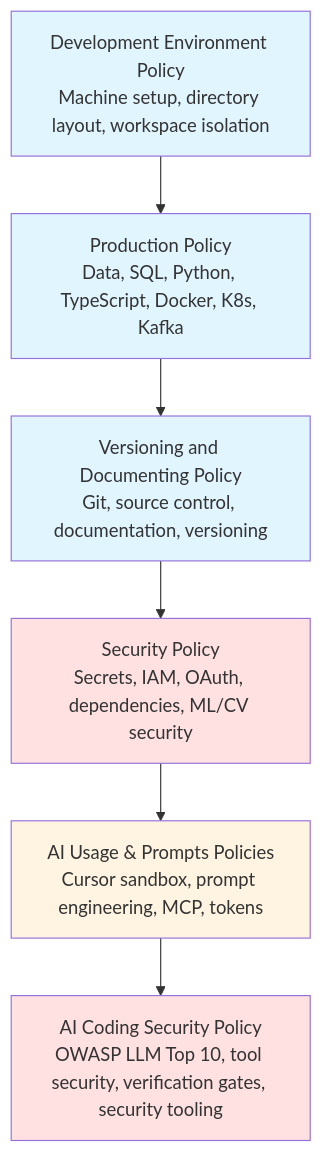
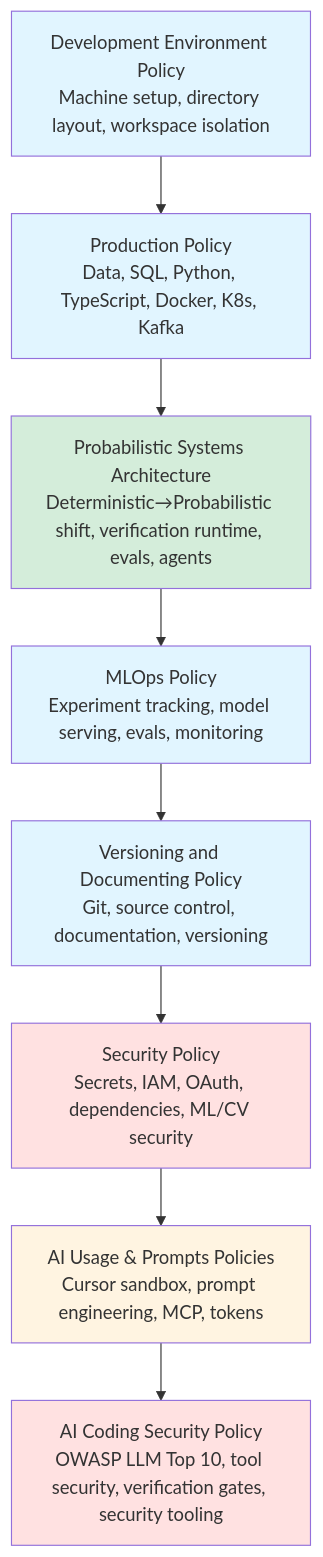
The diagram in README.md (alfonsocruzvelasco/engineering-policies), drawn with Mermaid before and after one commit. The commit also changed other lines of this file and 3 other files, not shown here.

First line of the commit message:
feat: add probabilistic systems architecture policy and update docs

````diff
--- a/README.md
+++ b/README.md
@@ -146,15 +150,19 @@
 ```mermaid
 flowchart TD
     A[Development Environment Policy<br/>Machine setup, directory layout, workspace isolation] --> B[Production Policy<br/>Data, SQL, Python, TypeScript, Docker, K8s, Kafka]
-    B --> C[Versioning and Documenting Policy<br/>Git, source control, documentation, versioning]
-    C --> D[Security Policy<br/>Secrets, IAM, OAuth, dependencies, ML/CV security]
-    D --> E[AI Usage & Prompts Policies<br/>Cursor sandbox, prompt engineering, MCP, tokens]
-    E --> F[AI Coding Security Policy<br/>OWASP LLM Top 10, tool security, verification gates, security tooling]
+    B --> G[Probabilistic Systems Architecture<br/>Deterministic→Probabilistic shift, verification runtime, evals, agents]
+    G --> C[MLOps Policy<br/>Experiment tracking, model serving, evals, monitoring]
+    C --> D[Versioning and Documenting Policy<br/>Git, source control, documentation, versioning]
+    D --> E[Security Policy<br/>Secrets, IAM, OAuth, dependencies, ML/CV security]
+    E --> F[AI Usage & Prompts Policies<br/>Cursor sandbox, prompt engineering, MCP, tokens]
+    F --> H[AI Coding Security Policy<br/>OWASP LLM Top 10, tool security, verification gates, security tooling]
 
     style A fill:#e1f5ff
     style B fill:#e1f5ff
+    style G fill:#d4edda
     style C fill:#e1f5ff
-    style D fill:#ffe1e1
-    style E fill:#fff4e1
-    style F fill:#ffe1e1
+    style D fill:#e1f5ff
+    style E fill:#ffe1e1
+    style F fill:#fff4e1
+    style H fill:#ffe1e1
 ```
````
